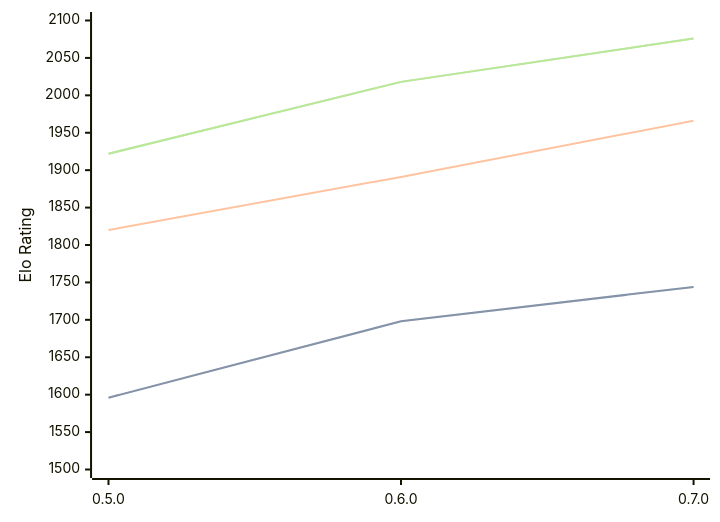
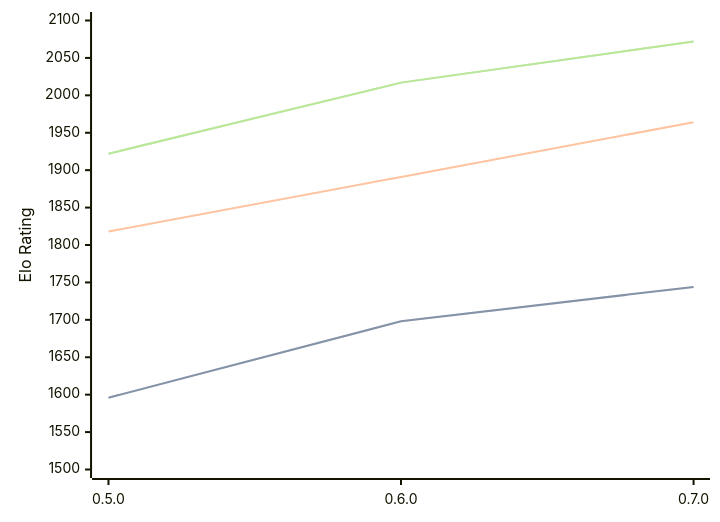
One commit to computer-chess-index/cci changed the diagram in engines/Chess-rs.md. Above: the diagram before and after it, drawn with Mermaid. The commit also changed other lines of this file, not shown here.

Commit message:
Update CCI Ratings (ELO VLTC) - 2026-03-12

````diff
--- a/engines/Chess-rs.md
+++ b/engines/Chess-rs.md
@@ -39,11 +39,11 @@
 ```mermaid
 %%{init: {"theme":"base","themeVariables":{"seriesColors:['#a3a3a3','#222221','#faa371']}}}%%
 xychart-beta
   x-axis ["0.5.0", "0.6.0", "0.7.0"]
   y-axis "Elo Rating" 1500 --> 2100
   line "STC (8.0+0.08s)" [1596, 1698, 1744]
   line "STC (8.0+0.08s)" [1596, 1698, 1744]
-  line "LTC (60.0+0.60s)" [1820, 1891, 1966]
-  line "VLTC (2m24s+1.12s)" [1922, 2018, 2076]
-  line "VLTC (2m24s+1.12s)" [1922, 2018, 2076]
+  line "LTC (60.0+0.60s)" [1818, 1891, 1964]
+  line "VLTC (2m24s+1.12s)" [1922, 2017, 2072]
+  line "VLTC (2m24s+1.12s)" [1922, 2017, 2072]
 ```
````
